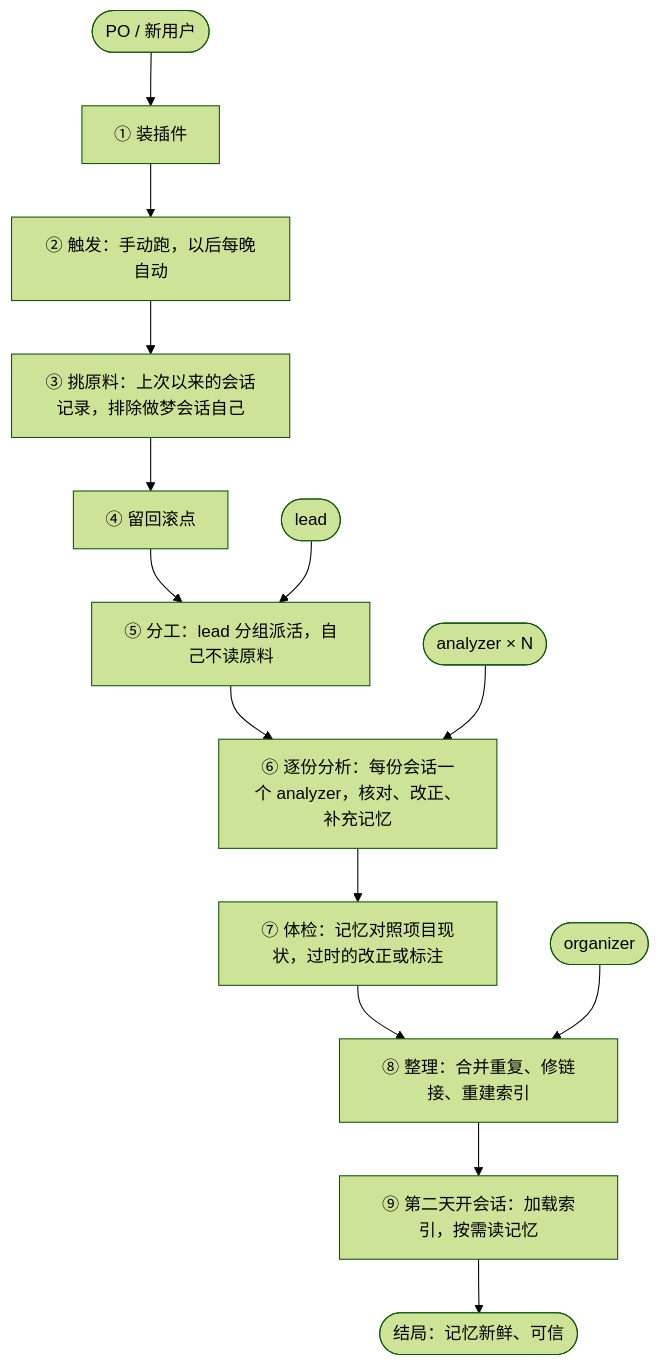
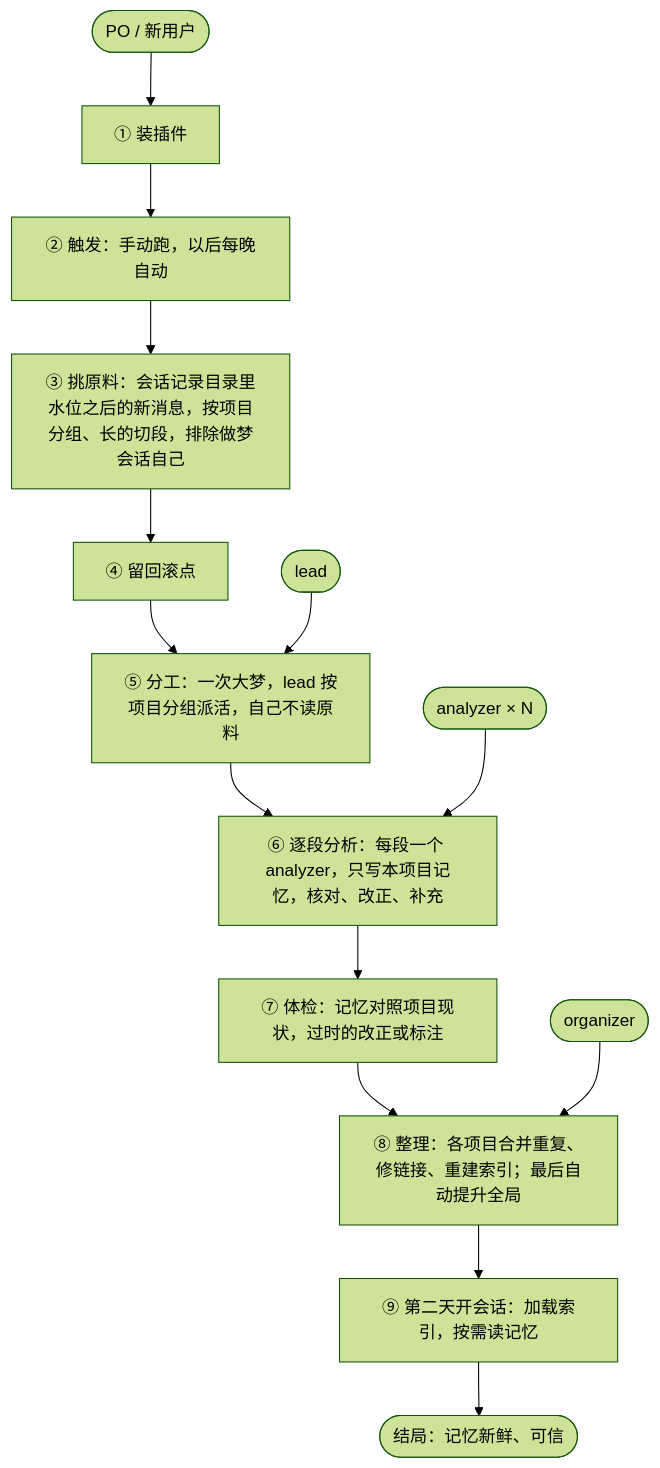
One commit to seapawn1/ClaudeDream changed the diagram in scrum/ProductBacklog.md. Above: the diagram before and after it, drawn with Mermaid (forest theme). The commit also changed other lines of this file, not shown here.

Commit message:
scrum: 产品日志写入 11-09 决定——水位与切段、一次大梦、全局自动提升，新增 PBI-012 会话记录目录可设

````diff
--- a/scrum/ProductBacklog.md
+++ b/scrum/ProductBacklog.md
@@ -56,20 +56,20 @@
 ```mermaid
 flowchart TD
     U(["PO / 新用户"])
     L(["lead"])
     A(["analyzer × N"])
     O(["organizer"])
     U --> S1["① 装插件"]
     S1 --> S2["② 触发：手动跑，以后每晚自动"]
-    S2 --> S3["③ 挑原料：上次以来的会话记录，排除做梦会话自己"]
+    S2 --> S3["③ 挑原料：会话记录目录里水位之后的新消息，按项目分组、长的切段，排除做梦会话自己"]
     S3 --> S4["④ 留回滚点"]
-    S4 --> S5["⑤ 分工：lead 分组派活，自己不读原料"]
+    S4 --> S5["⑤ 分工：一次大梦，lead 按项目分组派活，自己不读原料"]
     L --> S5
-    S5 --> S6["⑥ 逐份分析：每份会话一个 analyzer，核对、改正、补充记忆"]
+    S5 --> S6["⑥ 逐段分析：每段一个 analyzer，只写本项目记忆，核对、改正、补充"]
     A --> S6
     S6 --> S7["⑦ 体检：记忆对照项目现状，过时的改正或标注"]
-    S7 --> S8["⑧ 整理：合并重复、修链接、重建索引"]
+    S7 --> S8["⑧ 整理：各项目合并重复、修链接、重建索引；最后自动提升全局"]
     O --> S8
     S8 --> S9["⑨ 第二天开会话：加载索引，按需读记忆"]
     S9 --> E(["结局：记忆新鲜、可信"])
 ```
````
